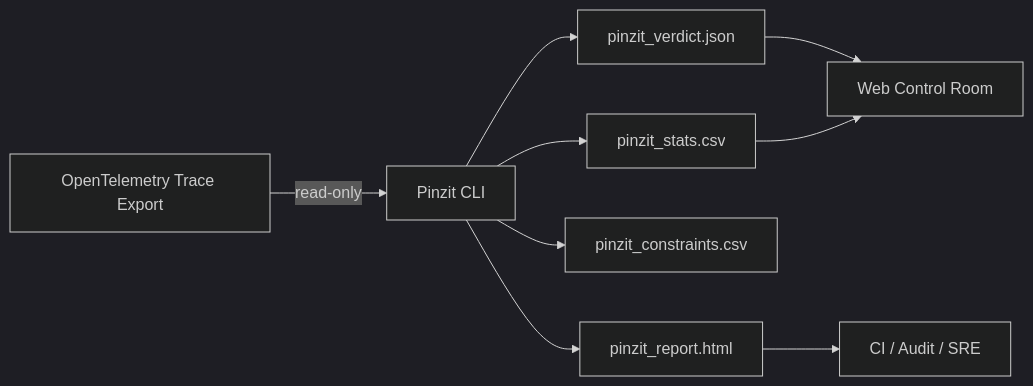
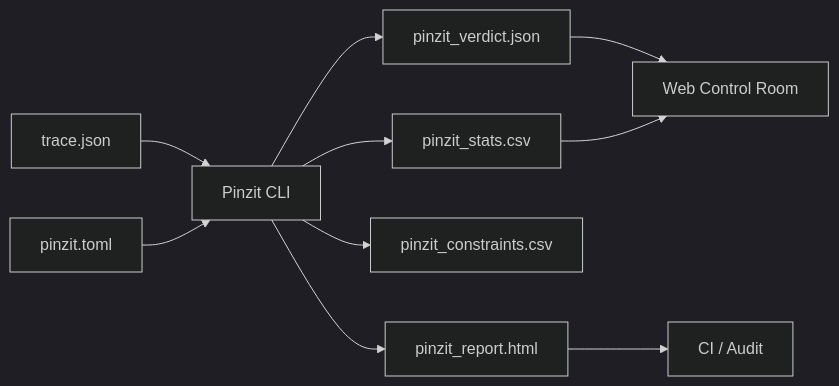
Before and after one commit to AngelP17/Pinzit: the diagram in README.md, drawn with Mermaid (dark theme). The commit also changed other lines of this file, not shown here.

````diff
--- a/README.md
+++ b/README.md
@@ -354,11 +30,12 @@
 ```mermaid
 flowchart LR
-    A["OpenTelemetry Trace Export"] -->|read-only| B["Pinzit CLI"]
-    B --> C["pinzit_verdict.json"]
-    B --> D["pinzit_stats.csv"]
-    B --> E["pinzit_constraints.csv"]
-    B --> F["pinzit_report.html"]
-    C --> G["Web Control Room"]
-    D --> G
-    F --> H["CI / Audit / SRE"]
+    A["trace.json"] --> B["Pinzit CLI"]
+    C["pinzit.toml"] --> B
+    B --> D["pinzit_verdict.json"]
+    B --> E["pinzit_stats.csv"]
+    B --> F["pinzit_constraints.csv"]
+    B --> G["pinzit_report.html"]
+    D --> H["Web Control Room"]
+    E --> H
+    G --> I["CI / Audit"]
 ```
````
